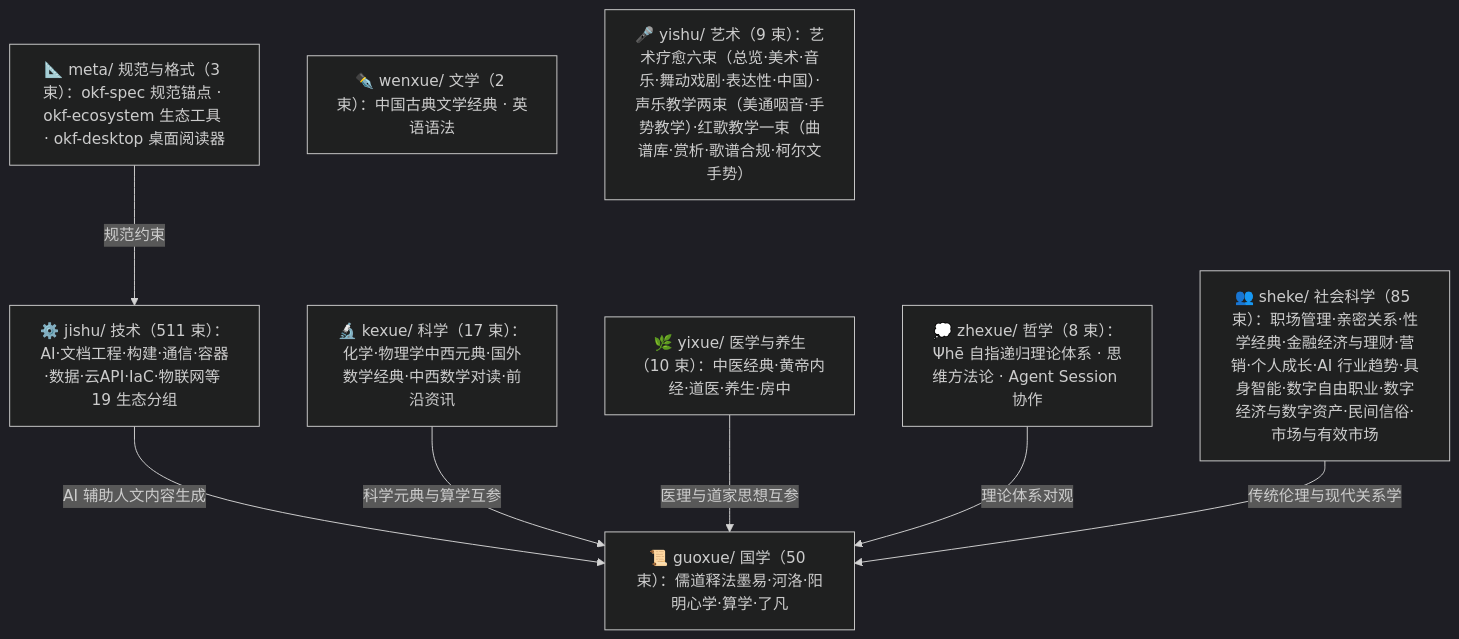
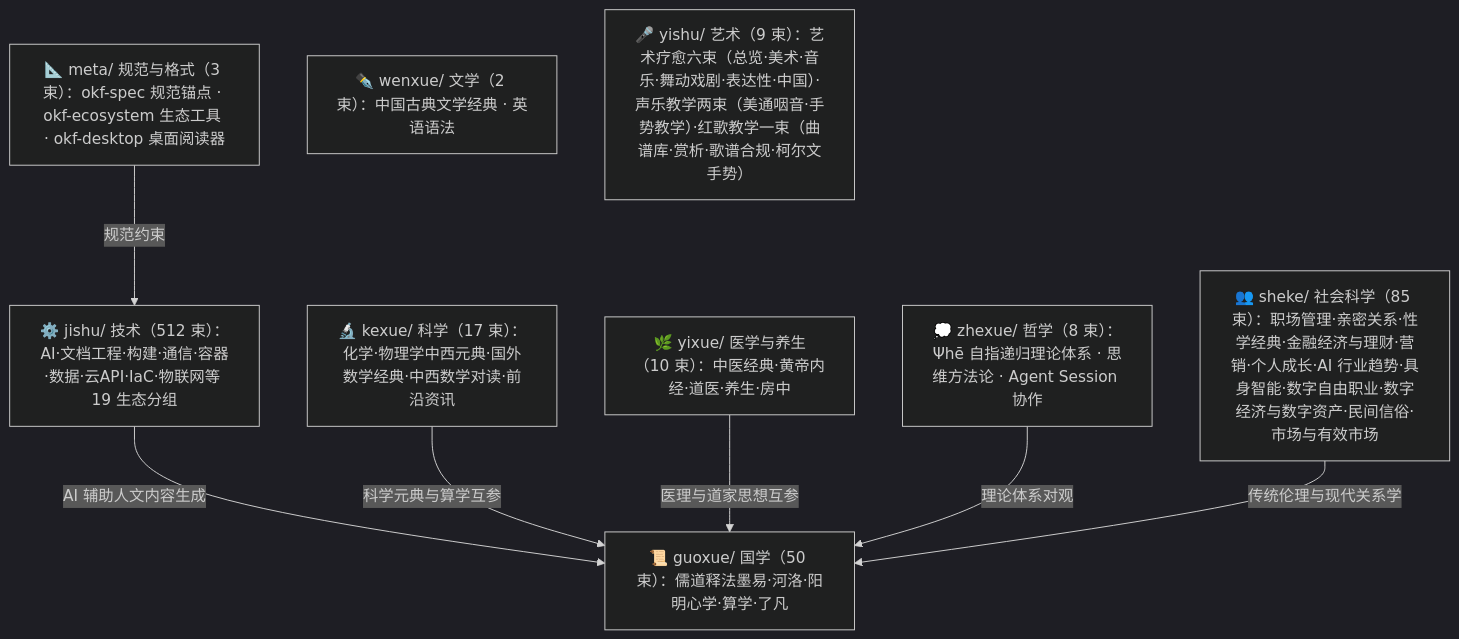
Before and after one commit to awesome-flexloop/awesome-okf: the diagram in doc/bundles/index.md, drawn with Mermaid (dark theme). The commit also changed other lines of this file and 14 other files, not shown here.

````diff
--- a/doc/bundles/index.md
+++ b/doc/bundles/index.md
@@ -21,18 +21,18 @@
 ```mermaid
 flowchart TD
     meta["📐 meta/ 规范与格式（3 束）：okf-spec 规范锚点 · okf-ecosystem 生态工具 · okf-desktop 桌面阅读器"]
     guoxue["📜 guoxue/ 国学（50 束）：儒道释法墨易·河洛·阳明心学·算学·了凡"]
     zhexue["💭 zhexue/ 哲学（8 束）：Ψhē 自指递归理论体系 · 思维方法论 · Agent Session 协作"]
     kexue["🔬 kexue/ 科学（17 束）：化学·物理学中西元典·国外数学经典·中西数学对读·前沿资讯"]
     wenxue["✒️ wenxue/ 文学（2 束）：中国古典文学经典 · 英语语法"]
     yixue["🌿 yixue/ 医学与养生（10 束）：中医经典·黄帝内经·道医·养生·房中"]
     sheke["👥 sheke/ 社会科学（85 束）：职场管理·亲密关系·性学经典·金融经济与理财·营销·个人成长·AI 行业趋势·具身智能·数字自由职业·数字经济与数字资产·民间信俗·市场与有效市场"]
     yishu["🎤 yishu/ 艺术（9 束）：艺术疗愈六束（总览·美术·音乐·舞动戏剧·表达性·中国）·声乐教学两束（美通咽音·手势教学）·红歌教学一束（曲谱库·赏析·歌谱合规·柯尔文手势）"]
-    jishu["⚙️ jishu/ 技术（511 束）：AI·文档工程·构建·通信·容器·数据·云API·IaC·物联网等 19 生态分组"]
+    jishu["⚙️ jishu/ 技术（512 束）：AI·文档工程·构建·通信·容器·数据·云API·IaC·物联网等 19 生态分组"]
     meta -->|"规范约束"| jishu
     jishu -->|"AI 辅助人文内容生成"| guoxue
     kexue -->|"科学元典与算学互参"| guoxue
     yixue -->|"医理与道家思想互参"| guoxue
     zhexue -->|"理论体系对观"| guoxue
     sheke -->|"传统伦理与现代关系学"| guoxue
 ```
````
